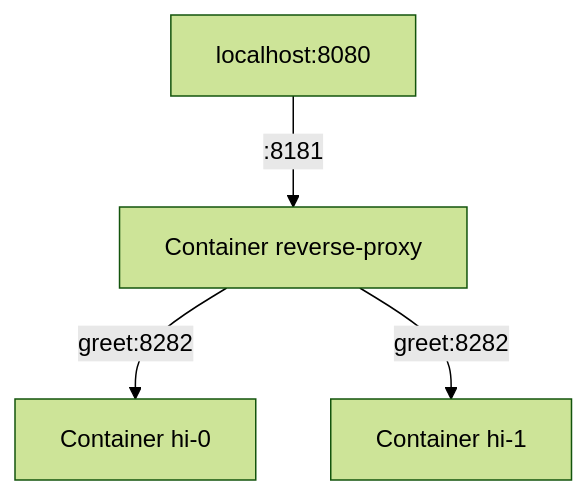
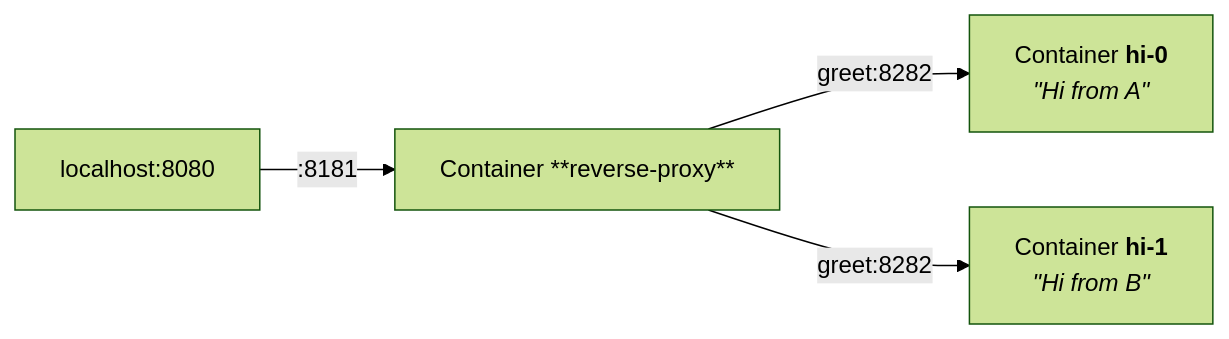
One commit to evolutics/zero-downtime-deployments-with-podman-docker-or-docker-compose changed the diagram in README.md. Above: the diagram before and after it, drawn with Mermaid (forest theme).

Commit message:
Revise overview diagram for clarity

````diff
--- a/README.md
+++ b/README.md
@@ -15,6 +15,8 @@
 ```mermaid
-flowchart TD
-    localhost:8080 -->|:8181| proxy[Container reverse-proxy]
-    proxy -->|greet:8282| hi0[Container hi-0]
-    proxy -->|greet:8282| hi1[Container hi-1]
+flowchart LR
+    localhost:8080 -->|:8181| proxy[Container **reverse-proxy**]
+    proxy -->|greet:8282| hi0["`Container **hi-0**
+    _#quot;Hi from A#quot;_`"]
+    proxy -->|greet:8282| hi1["`Container **hi-1**
+    _#quot;Hi from B#quot;_`"]
 ```
````
